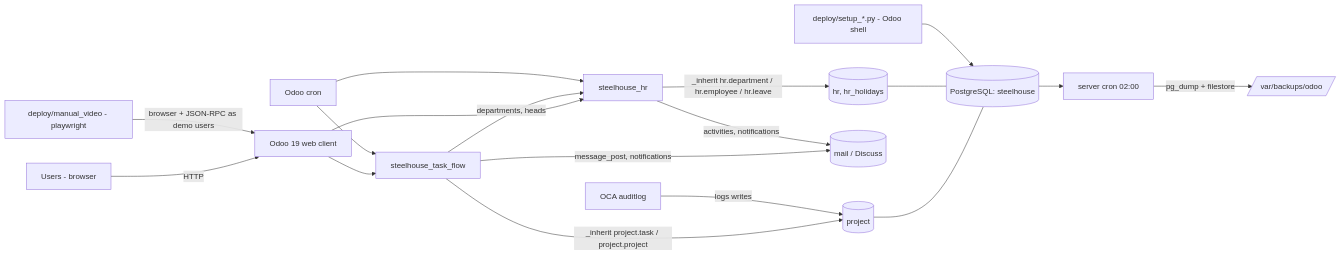
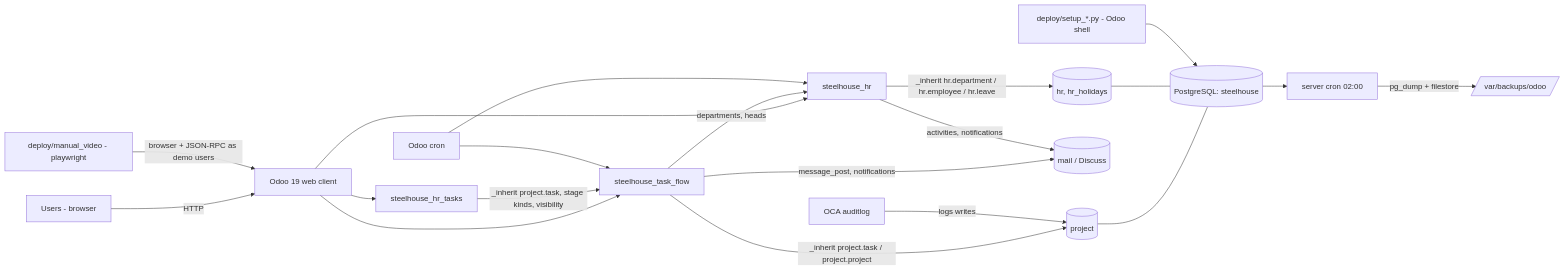
Before and after one commit to ejanezashvili/foladis_sakhli: the diagram in Docs/ARCHITECTURE.md, drawn with Mermaid. The commit also changed other lines of this file and 10 other files, not shown here.

Commit message:
docs: sync SPEC, PLAN, DECISIONS (D-11 - D-13), ARCHITECTURE, PRD, CLAUDE.md and READMEs with steelhouse_hr_tasks 3.0-21.0, task_flow 179 and deploy/https

````diff
--- a/Docs/ARCHITECTURE.md
+++ b/Docs/ARCHITECTURE.md
@@ -21,20 +23,22 @@
 ```mermaid
 flowchart LR
     U[Users - browser] -->|HTTP| O[Odoo 19 web client]
     O --> TF[steelhouse_task_flow]
     O --> HR[steelhouse_hr]
     TF -->|_inherit project.task / project.project| P[(project)]
     TF -->|departments, heads| HR
+    O --> HT[steelhouse_hr_tasks]
+    HT -->|_inherit project.task, stage kinds, visibility| TF
     HR -->|_inherit hr.department / hr.employee / hr.leave| H[(hr, hr_holidays)]
     TF -->|message_post, notifications| M[(mail / Discuss)]
     HR -->|activities, notifications| M
     A[OCA auditlog] -->|logs writes| P
     C[Odoo cron] --> TF
     C --> HR
     P --- DB[(PostgreSQL: steelhouse)]
     H --- DB
     B[server cron 02:00] -->|pg_dump + filestore| BK[/var/backups/odoo/]
     DB --> B
     V[deploy/manual_video - playwright] -->|browser + JSON-RPC as demo users| O
     S[deploy/setup_*.py - Odoo shell] --> DB
 ```
````
